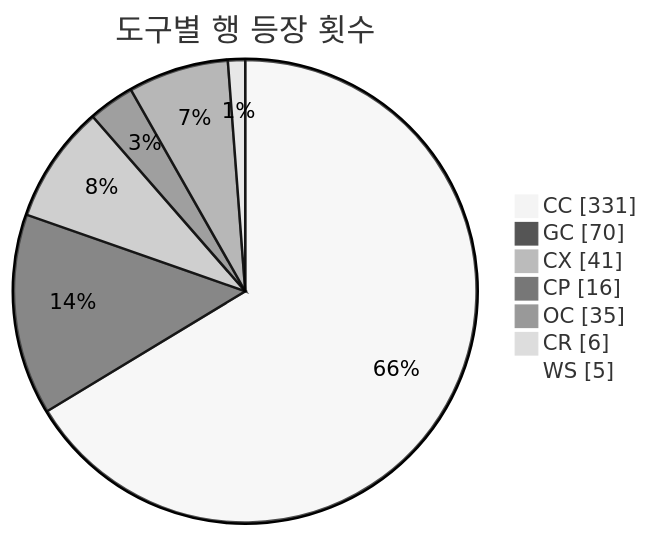
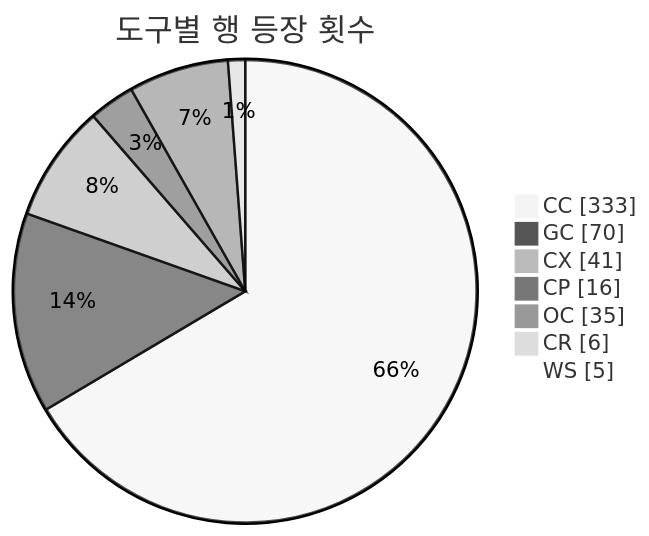
One commit to J-nowcow/awesome-korean-agent-skills changed the second of 3 diagrams in README.md. Above: the diagram before and after it, drawn with Mermaid (neutral theme). The commit also changed other lines of this file and 6 other files, not shown here.

````diff
--- a/README.md
+++ b/README.md
@@ -193,11 +193,11 @@
 ```mermaid
 pie showData
     title 도구별 행 등장 횟수
-    "CC" : 331
+    "CC" : 333
     "GC" : 70
     "CX" : 41
     "CP" : 16
     "OC" : 35
     "CR" : 6
     "WS" : 5
 ```
````
